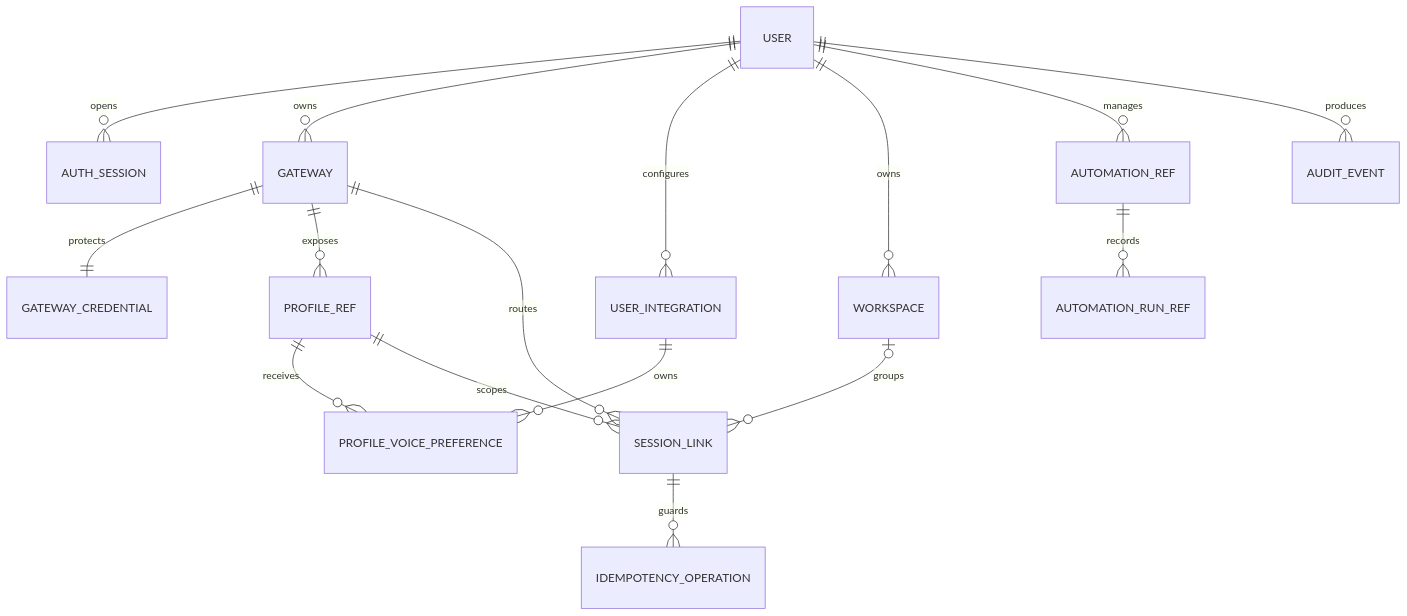
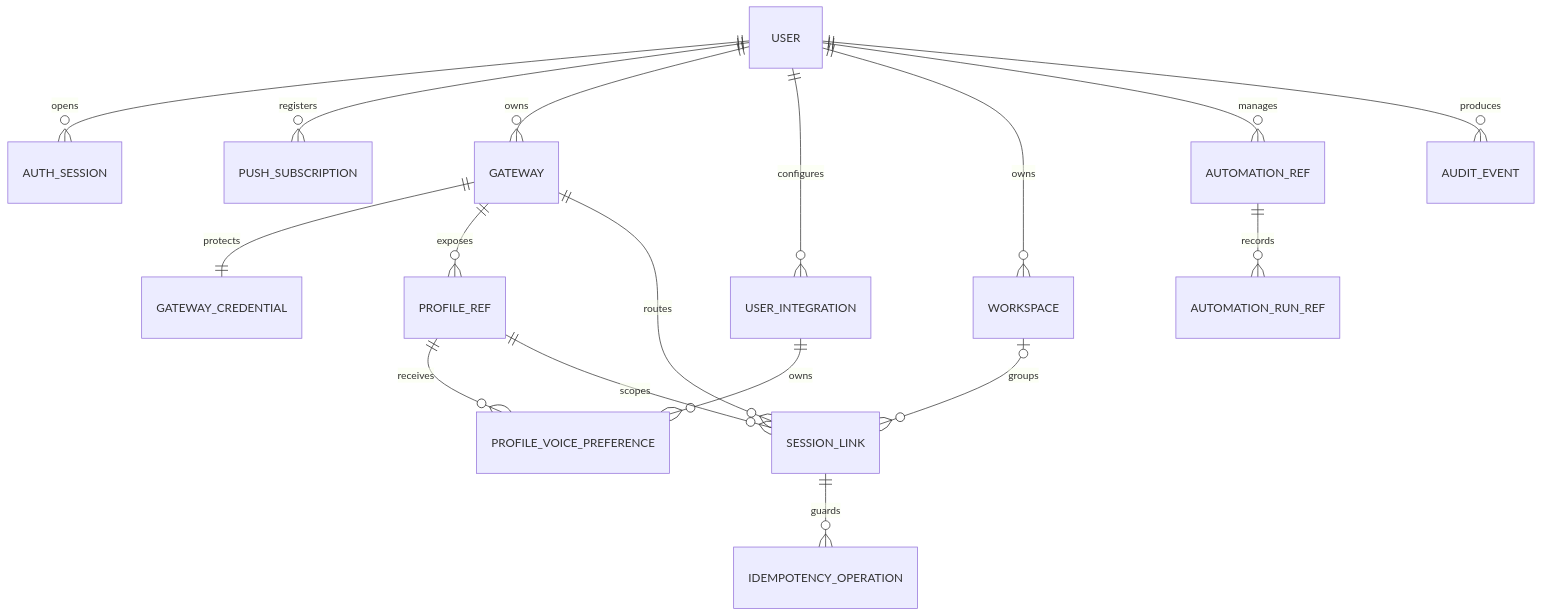
One commit to jrterven/agent-control changed the diagram in docs/data-model.md. Above: the diagram before and after it, drawn with Mermaid. The commit also changed other lines of this file and 36 other files, not shown here.

````diff
--- a/docs/data-model.md
+++ b/docs/data-model.md
@@ -3,18 +3,19 @@
 ```mermaid
 erDiagram
     USER ||--o{ AUTH_SESSION : opens
+    USER ||--o{ PUSH_SUBSCRIPTION : registers
     USER ||--o{ GATEWAY : owns
     USER ||--o{ USER_INTEGRATION : configures
     USER_INTEGRATION ||--o{ PROFILE_VOICE_PREFERENCE : owns
     GATEWAY ||--|| GATEWAY_CREDENTIAL : protects
     GATEWAY ||--o{ PROFILE_REF : exposes
     PROFILE_REF ||--o{ PROFILE_VOICE_PREFERENCE : receives
     USER ||--o{ WORKSPACE : owns
     WORKSPACE o|--o{ SESSION_LINK : groups
     GATEWAY ||--o{ SESSION_LINK : routes
     PROFILE_REF ||--o{ SESSION_LINK : scopes
     SESSION_LINK ||--o{ IDEMPOTENCY_OPERATION : guards
     USER ||--o{ AUTOMATION_REF : manages
     AUTOMATION_REF ||--o{ AUTOMATION_RUN_REF : records
     USER ||--o{ AUDIT_EVENT : produces
 ```
````
